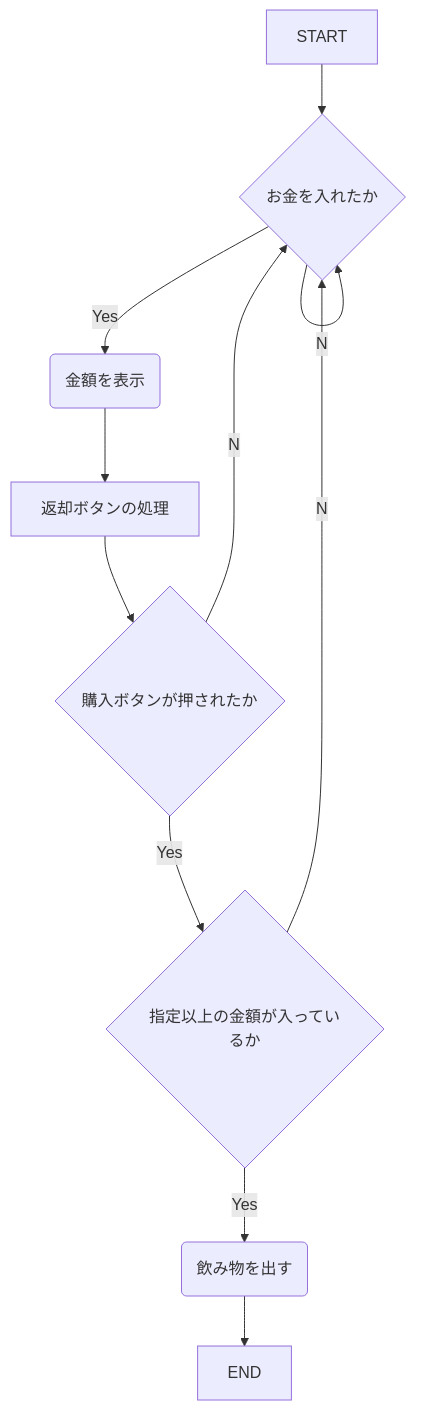
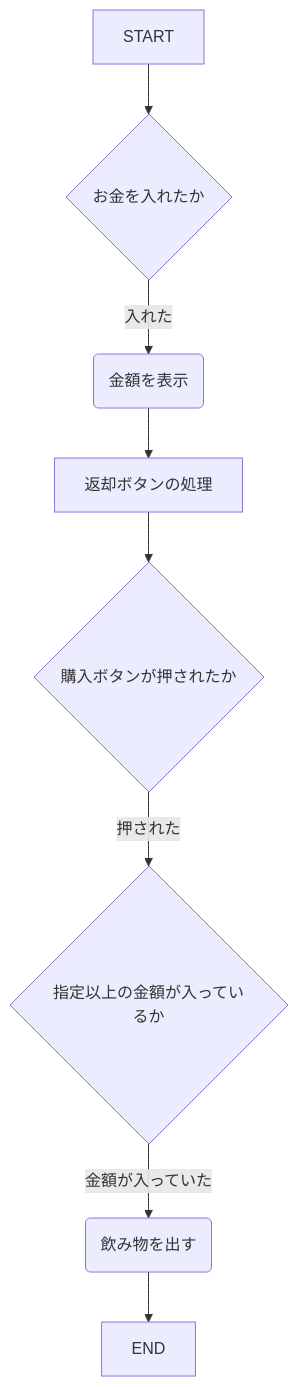
One commit to tpu-game-2022/mermaid_test changed the diagram in README.md. Above: the diagram before and after it, drawn with Mermaid.

Commit message:
フローチャートを変更した

````diff
--- a/README.md
+++ b/README.md
@@ -20,13 +20,12 @@
 ```mermaid
 flowchart TB
   START-->B{お金を入れたか}
-  B--Yes-->C(金額を表示)
-  B--No-->B
+  B-->|"入れた"|C(金額を表示)
   C-->返却ボタンの処理-->E{購入ボタンが押されたか}
-  E{購入ボタンが押されたか}--Yes-->F{指定以上の金額が入っているか}
-  E--No-->B
-  F--Yes-->G(飲み物を出す)
-  F--No-->B
+  E{購入ボタンが押されたか}-->|"押された"|F{指定以上の金額が入っているか}
+
+  F-->|"金額が入っていた"|G(飲み物を出す)
+  
   G-->END
 
 ```
````
